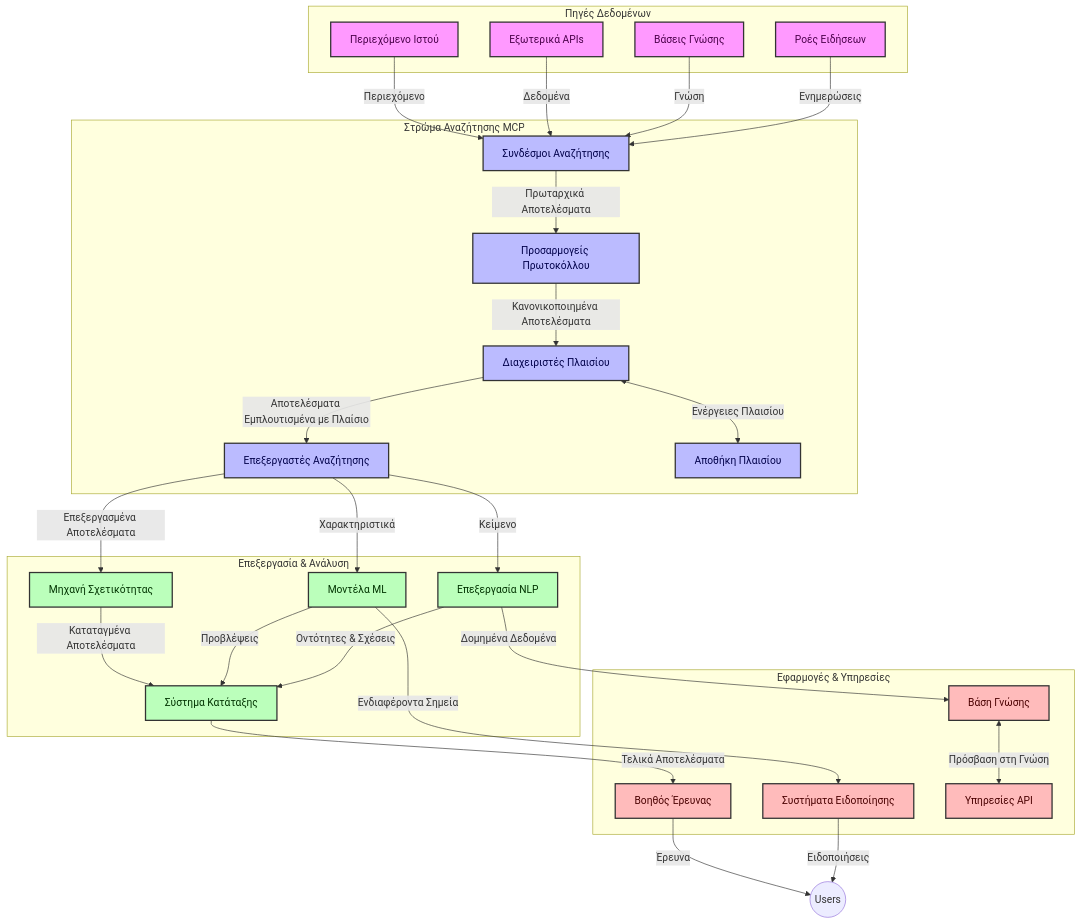
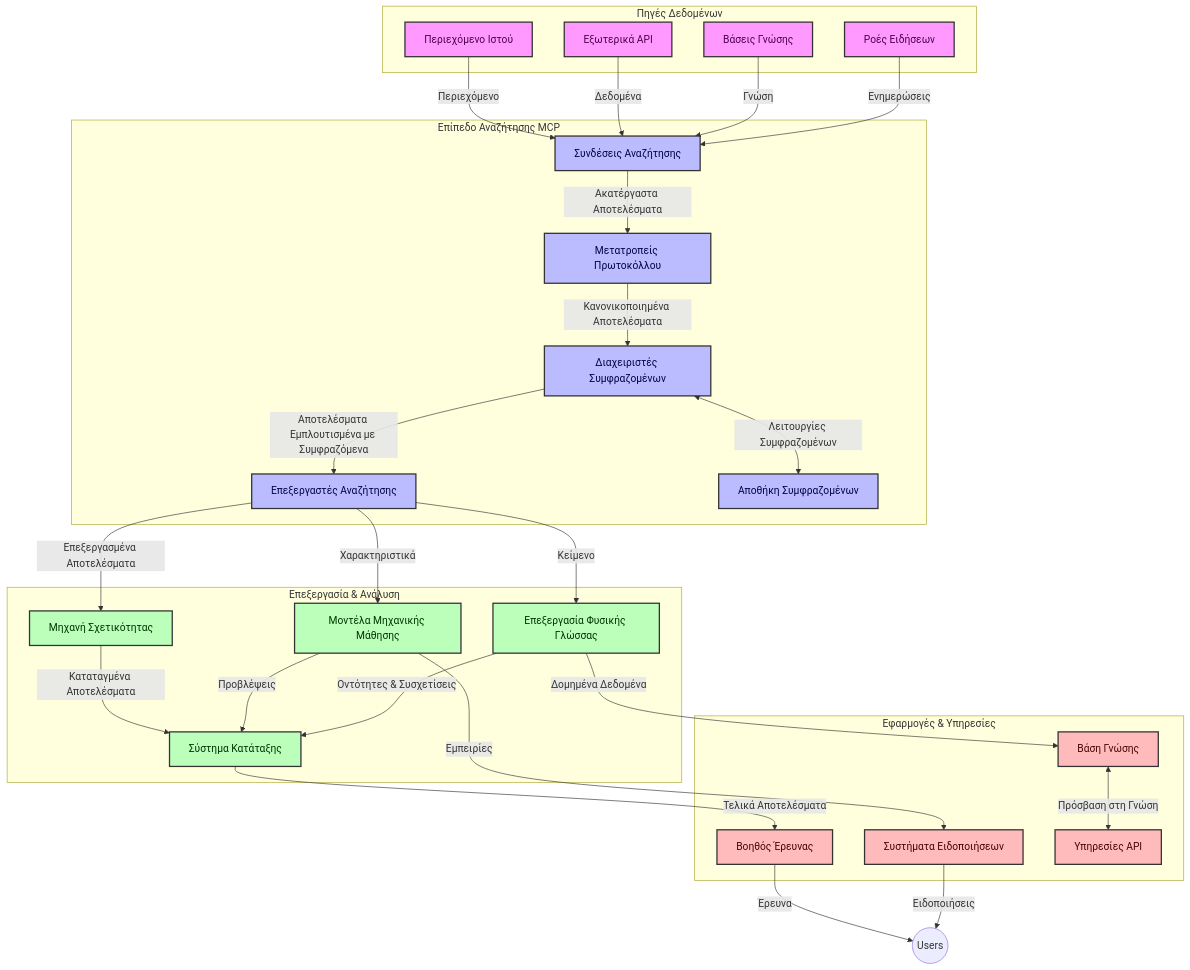
The first of 4 diagrams in translations/el/05-AdvancedTopics/mcp-realtimesearch/README.md (microsoft/mcp-for-beginners), drawn with Mermaid before and after one commit. The commit also changed other lines of this file and 148 other files, not shown here.

````diff
--- a/translations/el/05-AdvancedTopics/mcp-realtimesearch/README.md
+++ b/translations/el/05-AdvancedTopics/mcp-realtimesearch/README.md
@@ -109,66 +109,66 @@
 ```mermaid
 graph TD
     subgraph "Πηγές Δεδομένων"
         Web[Περιεχόμενο Ιστού]
-        APIs[Εξωτερικά APIs]
+        APIs[Εξωτερικά API]
         DB[Βάσεις Γνώσης]
         News[Ροές Ειδήσεων]
     end
 
-    subgraph "Στρώμα Αναζήτησης MCP"
-        SC[Συνδέσμοι Αναζήτησης]
-        PA[Προσαρμογείς Πρωτοκόλλου]
-        CH[Διαχειριστές Πλαισίου]
+    subgraph "Επίπεδο Αναζήτησης MCP"
+        SC[Συνδέσεις Αναζήτησης]
+        PA[Μετατροπείς Πρωτοκόλλου]
+        CH[Διαχειριστές Συμφραζομένων]
         SP[Επεξεργαστές Αναζήτησης]
-        CS[Αποθήκη Πλαισίου]
+        CS[Αποθήκη Συμφραζομένων]
     end
 
     subgraph "Επεξεργασία & Ανάλυση"
         RE[Μηχανή Σχετικότητας]
-        ML[Μοντέλα ML]
-        NLP[Επεξεργασία NLP]
+        ML[Μοντέλα Μηχανικής Μάθησης]
+        NLP[Επεξεργασία Φυσικής Γλώσσας]
         Rank[Σύστημα Κατάταξης]
     end
 
     subgraph "Εφαρμογές & Υπηρεσίες"
         RA[Βοηθός Έρευνας]
-        Alerts[Συστήματα Ειδοποίησης]
+        Alerts[Συστήματα Ειδοποιήσεων]
         KB[Βάση Γνώσης]
         API[Υπηρεσίες API]
     end
 
     Web -->|Περιεχόμενο| SC
     APIs -->|Δεδομένα| SC
     DB -->|Γνώση| SC
     News -->|Ενημερώσεις| SC
     
-    SC -->|Πρωταρχικά Αποτελέσματα| PA
+    SC -->|Ακατέργαστα Αποτελέσματα| PA
     PA -->|Κανονικοποιημένα Αποτελέσματα| CH
-    CH <-->|Ενέργειες Πλαισίου| CS
-    CH -->|Αποτελέσματα Εμπλουτισμένα με Πλαίσιο| SP
+    CH <-->|Λειτουργίες Συμφραζομένων| CS
+    CH -->|Αποτελέσματα Εμπλουτισμένα με Συμφραζόμενα| SP
     SP -->|Επεξεργασμένα Αποτελέσματα| RE
     SP -->|Χαρακτηριστικά| ML
     SP -->|Κείμενο| NLP
     
     RE -->|Καταταγμένα Αποτελέσματα| Rank
     ML -->|Προβλέψεις| Rank
-    NLP -->|Οντότητες & Σχέσεις| Rank
+    NLP -->|Οντότητες & Συσχετίσεις| Rank
     
     Rank -->|Τελικά Αποτελέσματα| RA
-    ML -->|Ενδιαφέροντα Σημεία| Alerts
+    ML -->|Εμπειρίες| Alerts
     NLP -->|Δομημένα Δεδομένα| KB
     
     RA -->|Έρευνα| Users((Users))
     Alerts -->|Ειδοποιήσεις| Users
     KB <-->|Πρόσβαση στη Γνώση| API
 
     classDef sources fill:#f9f,stroke:#333,stroke-width:2px,color:#4a004a
     classDef mcp fill:#bbf,stroke:#333,stroke-width:2px,color:#00004a
     classDef processing fill:#bfb,stroke:#333,stroke-width:2px,color:#003300
     classDef apps fill:#fbb,stroke:#333,stroke-width:2px,color:#4a0000
     
     class Web,APIs,DB,News sources
     class SC,PA,CH,SP,CS mcp
     class RE,ML,NLP,Rank processing
     class RA,Alerts,KB,API apps
 ```
````
